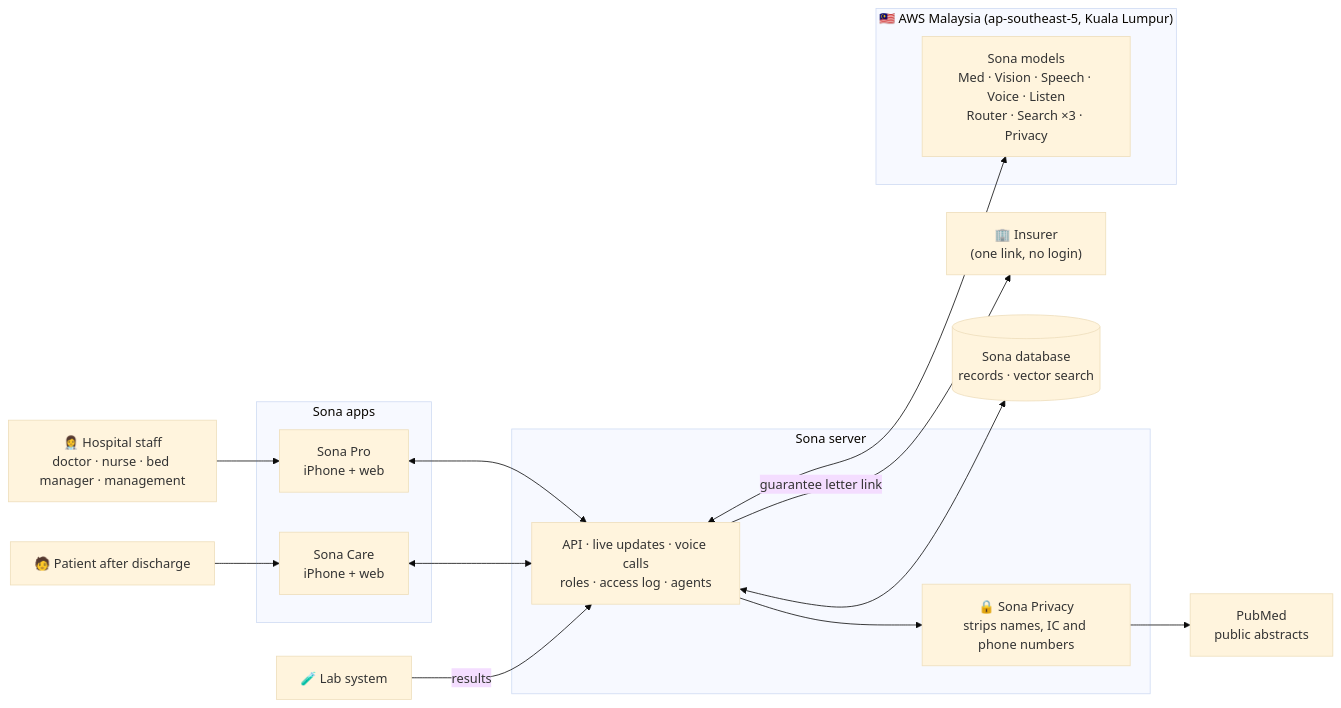
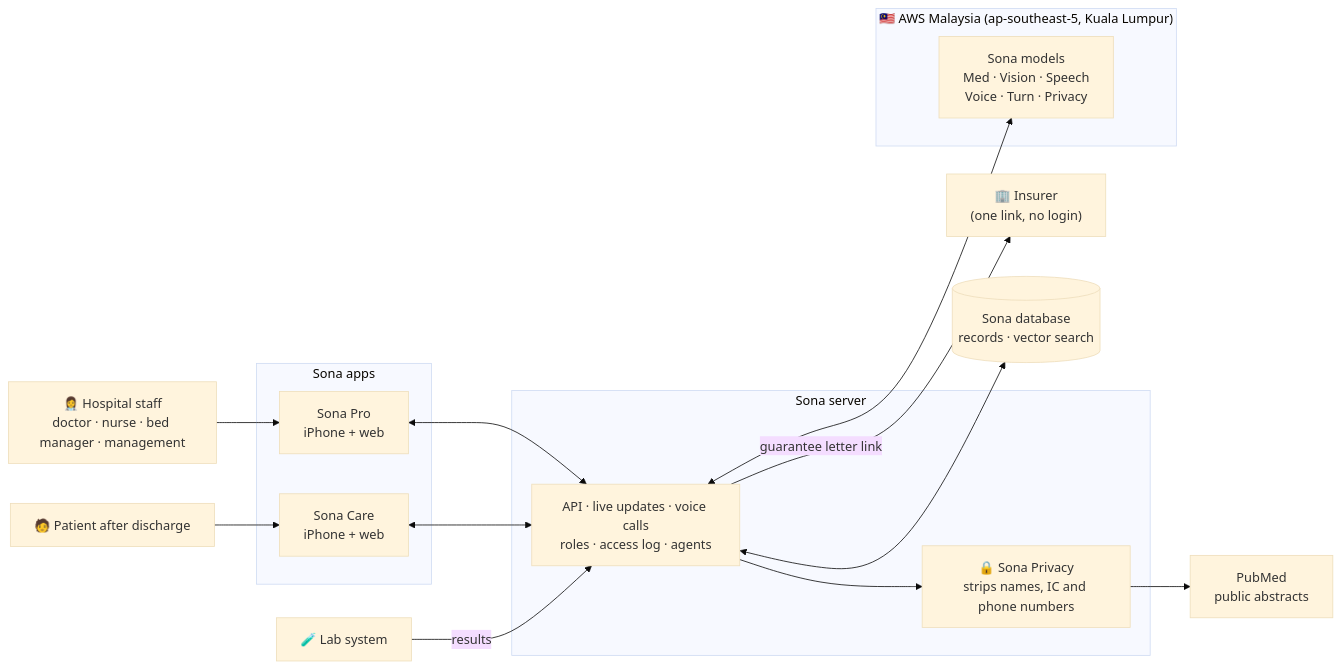
The diagram in docs/images/architecture.mmd (ZHIYUAN-TECHNOLOGY/sona-ai), drawn with Mermaid (base theme) before and after one commit. The commit also changed 2 other files, not shown here.

Commit message:
docs(readme): six models, not ten
Claude-Session: https://claude.ai/code/session_01DYViQoskrxKnA3S4xMfTX1

```diff
--- a/docs/images/architecture.mmd
+++ b/docs/images/architecture.mmd
@@ -1,33 +1,33 @@
 flowchart LR
     staff["👩‍⚕️ Hospital staff<br/>doctor · nurse · bed manager · management"]
     patient["🧑 Patient after discharge"]
     insurer["🏢 Insurer<br/>(one link, no login)"]
     lab["🧪 Lab system"]
 
     subgraph apps["Sona apps"]
         pro["Sona Pro<br/>iPhone + web"]
         care["Sona Care<br/>iPhone + web"]
     end
 
     subgraph server["Sona server"]
         api["API · live updates · voice calls<br/>roles · access log · agents"]
         privacy["🔒 Sona Privacy<br/>strips names, IC and phone numbers"]
     end
 
     subgraph my["🇲🇾 AWS Malaysia (ap-southeast-5, Kuala Lumpur)"]
-        models["Sona models<br/>Med · Vision · Speech · Voice · Listen<br/>Router · Search ×3 · Privacy"]
+        models["Sona models<br/>Med · Vision · Speech<br/>Voice · Turn · Privacy"]
     end
 
     db[("Sona database<br/>records · vector search")]
 
     pubmed["PubMed<br/>public abstracts"]
 
     staff --> pro
     patient --> care
     pro <--> api
     care <--> api
     api <--> models
     api <--> db
     api --> privacy --> pubmed
     api -- "guarantee letter link" --> insurer
     lab -- "results" --> api
```
